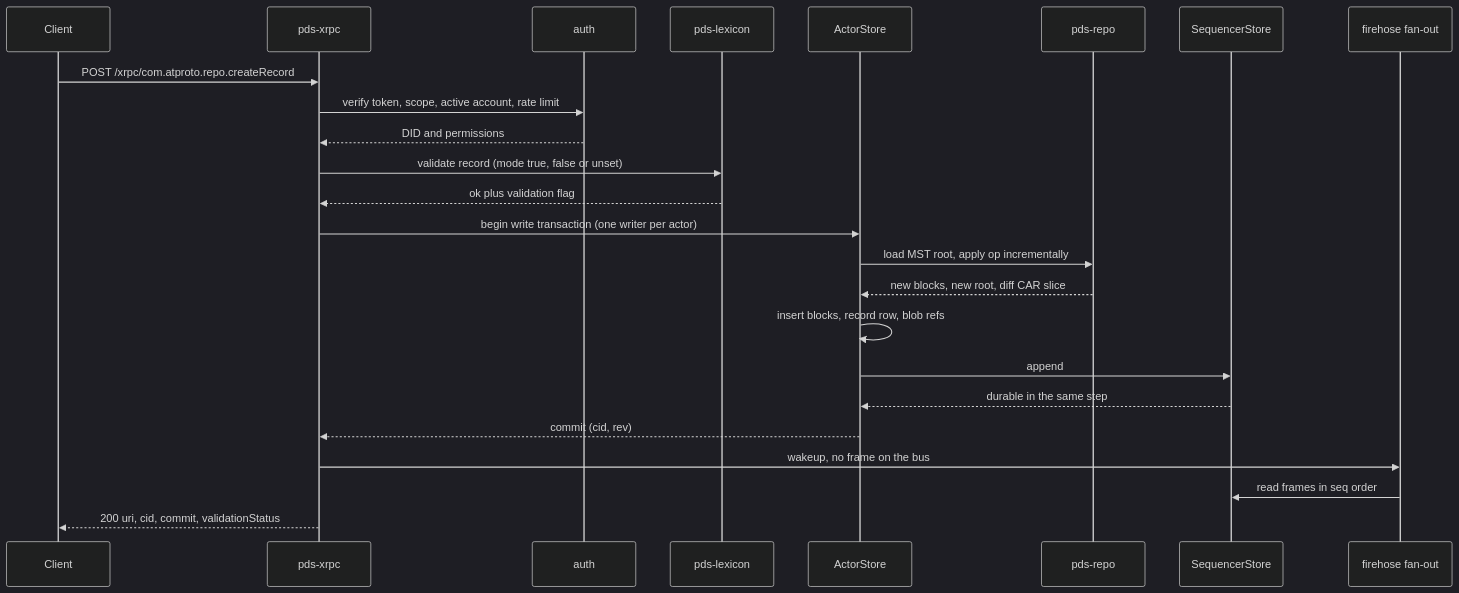
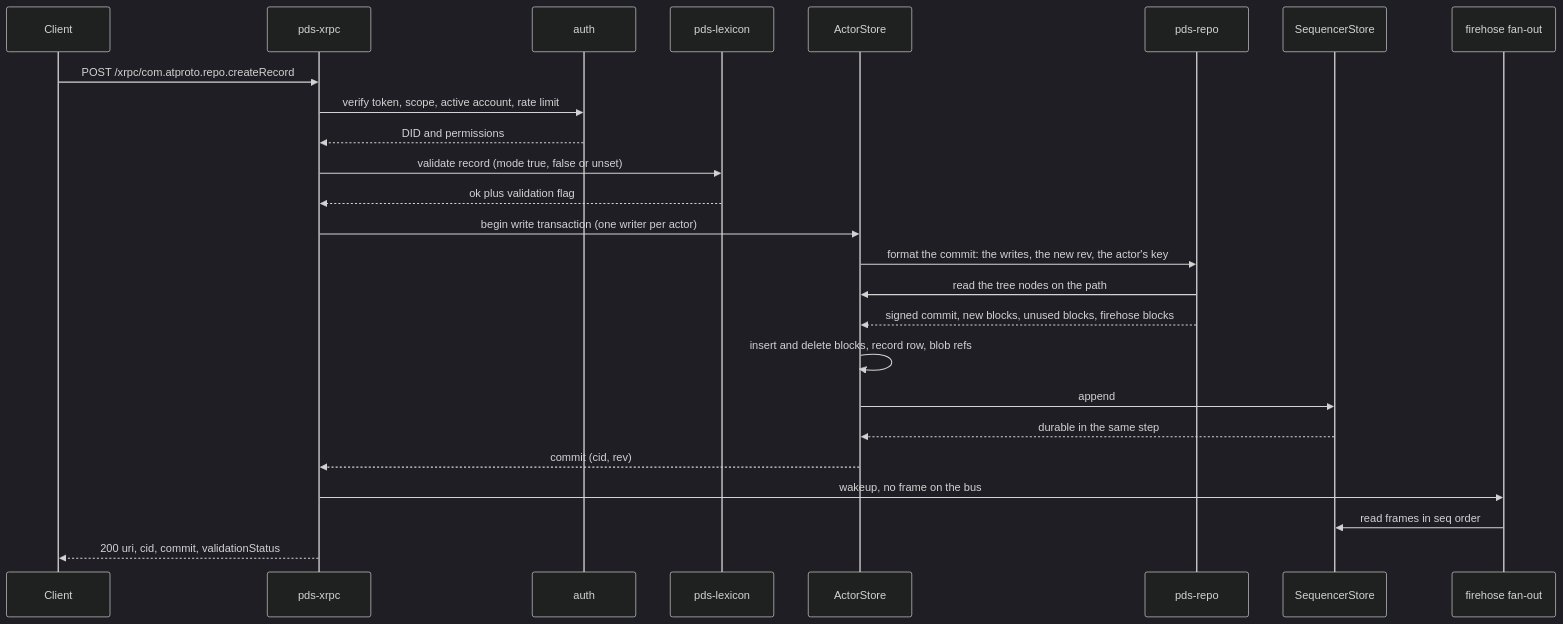
The diagram in docs/architecture/diagrams/05-write-path.mmd (linkjar/pds), drawn with Mermaid (dark theme) before and after one commit. The commit also changed 14 other files, not shown here.

```diff
--- a/docs/architecture/diagrams/05-write-path.mmd
+++ b/docs/architecture/diagrams/05-write-path.mmd
@@ -1,24 +1,25 @@
 sequenceDiagram
   participant C as Client
   participant X as pds-xrpc
   participant A as auth
   participant L as pds-lexicon
   participant S as ActorStore
   participant R as pds-repo
   participant Q as SequencerStore
   participant F as firehose fan-out
   C->>X: POST /xrpc/com.atproto.repo.createRecord
   X->>A: verify token, scope, active account, rate limit
   A-->>X: DID and permissions
   X->>L: validate record (mode true, false or unset)
   L-->>X: ok plus validation flag
   X->>S: begin write transaction (one writer per actor)
-  S->>R: load MST root, apply op incrementally
-  R-->>S: new blocks, new root, diff CAR slice
-  S->>S: insert blocks, record row, blob refs
+  S->>R: format the commit: the writes, the new rev, the actor's key
+  R->>S: read the tree nodes on the path
+  R-->>S: signed commit, new blocks, unused blocks, firehose blocks
+  S->>S: insert and delete blocks, record row, blob refs
   S->>Q: append #commit (seq, ops, blocks, since, rev, prevData)
   Q-->>S: durable in the same step
   S-->>X: commit (cid, rev)
   X->>F: wakeup, no frame on the bus
   F->>Q: read frames in seq order
   X-->>C: 200 uri, cid, commit, validationStatus
```
